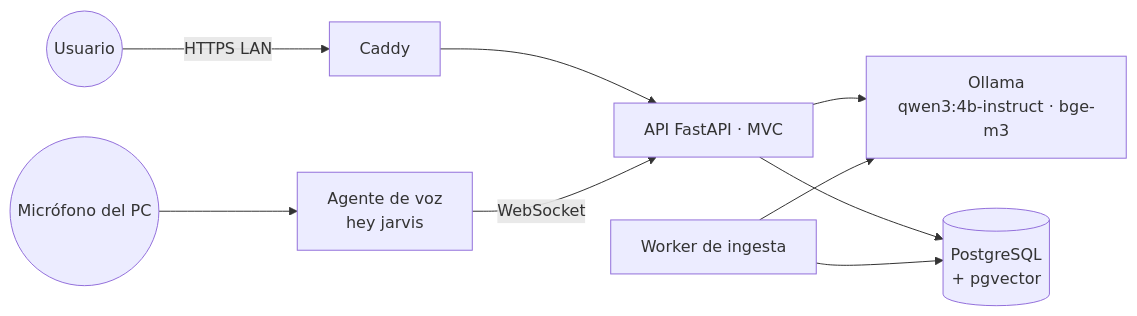
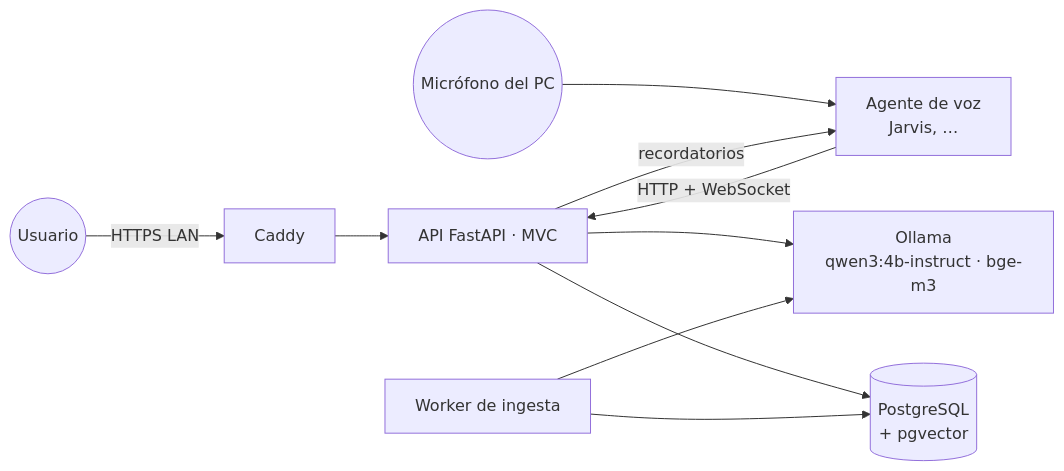
One commit to wleal7797/jarvis-local changed the diagram in README.md. Above: the diagram before and after it, drawn with Mermaid. The commit also changed other lines of this file and 34 other files, not shown here.

````diff
--- a/README.md
+++ b/README.md
@@ -63,10 +72,11 @@
 ```mermaid
 flowchart LR
   U((Usuario)) -->|HTTPS LAN| P[Caddy]
   P --> A[API FastAPI · MVC]
-  M((Micrófono del PC)) --> VA[Agente de voz<br/>hey jarvis] -->|WebSocket| A
+  M((Micrófono del PC)) --> VA[Agente de voz<br/>Jarvis, …] -->|HTTP + WebSocket| A
+  A -->|recordatorios| VA
   A --> O[Ollama<br/>qwen3:4b-instruct · bge-m3]
   A --> D[(PostgreSQL<br/>+ pgvector)]
   W[Worker de ingesta] --> D
   W --> O
 ```
````
